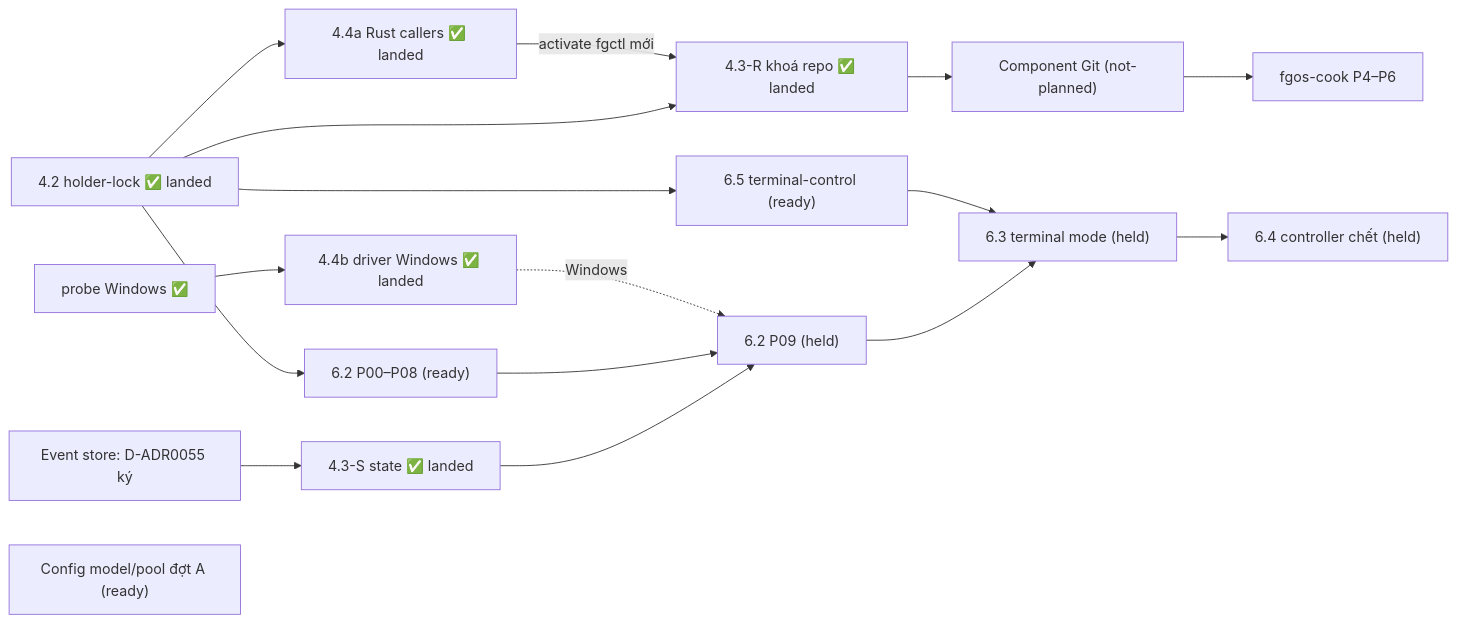
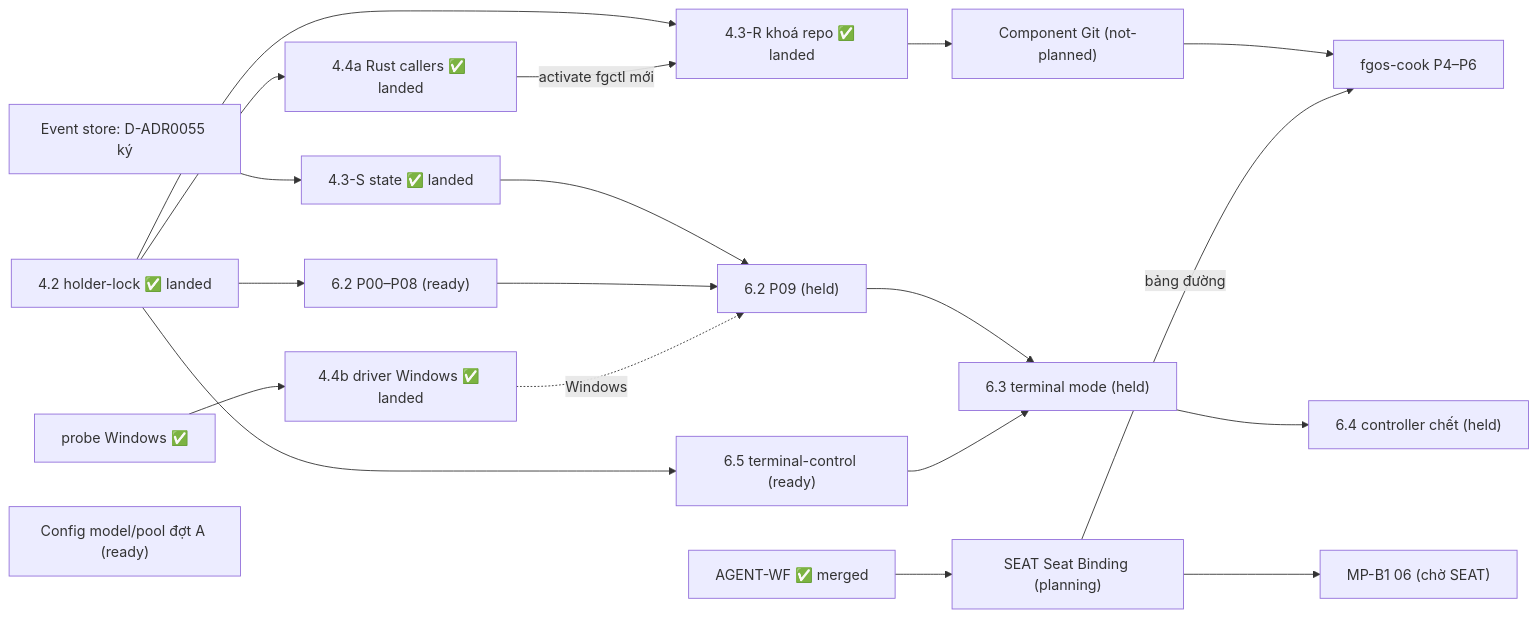
Before and after one commit to vantt/forgent: the diagram in plans/261017-1313-fgos-platform-program-board/plan.md, drawn with Mermaid. The commit also changed other lines of this file, not shown here.

Commit message:
docs(board): add the Seat Binding lane with its order of steps

````diff
--- a/plans/261017-1313-fgos-platform-program-board/plan.md
+++ b/plans/261017-1313-fgos-platform-program-board/plan.md
@@ -63,19 +64,22 @@
 ```mermaid
 flowchart LR
   L42["4.2 holder-lock ✅ landed"] --> L44a["4.4a Rust callers ✅ landed"]
   L42 --> L43R["4.3-R khoá repo ✅ landed"]
   L42 --> L65["6.5 terminal-control (ready)"]
   L42 --> L62a["6.2 P00–P08 (ready)"]
   L44a -->|activate fgctl mới| L43R
   ES["Event store: D-ADR0055 ký"] --> L43S["4.3-S state ✅ landed"]
   L43S --> L62b["6.2 P09 (held)"]
   L62a --> L62b
   L62b --> L63["6.3 terminal mode (held)"]
   L65 --> L63
   L63 --> L64["6.4 controller chết (held)"]
   PROBE["probe Windows ✅"] --> L44b["4.4b driver Windows ✅ landed"]
   L44b -.Windows.-> L62b
   L43R --> GIT["Component Git (not-planned)"]
   GIT --> COOK["fgos-cook P4–P6"]
+  AGENTWF["AGENT-WF ✅ merged"] --> SEAT["SEAT Seat Binding (planning)"]
+  SEAT -->|bảng đường| COOK
+  SEAT --> MPB1["MP-B1 06 (chờ SEAT)"]
   MPA["Config model/pool đợt A (ready)"]
 ```
````
